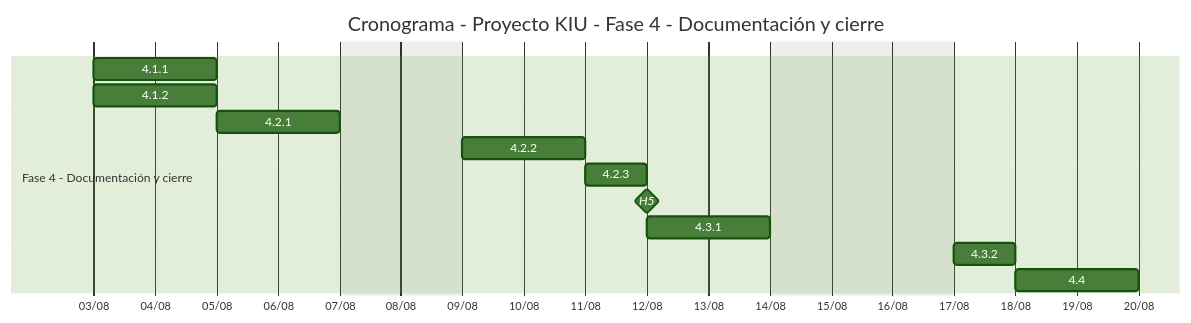
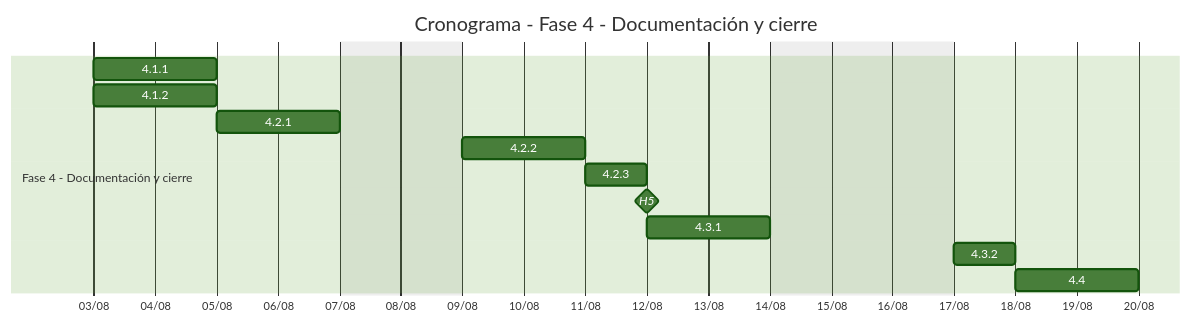
One commit to joaquinmachado11/plan-proyecto-gp-uner changed the fourth of 4 diagrams in docs/02-wbs-estimaciones/cronograma.md. Above: the diagram before and after it, drawn with Mermaid (forest theme).

Commit message:
Corrección cronograma

````diff
--- a/docs/02-wbs-estimaciones/cronograma.md
+++ b/docs/02-wbs-estimaciones/cronograma.md
@@ -103,21 +103,21 @@
 ```mermaid
 gantt
-    title Cronograma - Proyecto KIU - Fase 4 - Documentación y cierre
+    title Cronograma - Fase 4 - Documentación y cierre
     dateFormat  YYYY-MM-DD
     axisFormat  %d/%m
     tickInterval 1day
     weekday     monday
     todayMarker off
     excludes    weekends, 2027-03-24, 2027-03-26, 2027-04-02, 2027-05-25, 2027-06-21, 2027-07-09, 2027-08-16
  
     section Fase 4 - Documentación y cierre
     4.1.1   :t411, 2027-08-03, 2d
     4.1.2   :t412, 2027-08-03, 2d
     4.2.1   :t421, after t411 t412, 2d
     4.2.2   :t422, after t421, 2d
     4.2.3   :t423, after t422, 1d
     H5      :milestone, m5, after t423, 0d
     4.3.1   :t431, after m5, 2d
     4.3.2   :t432, after t431, 1d
     4.4     :t44, after t432, 2d
 ```
````
